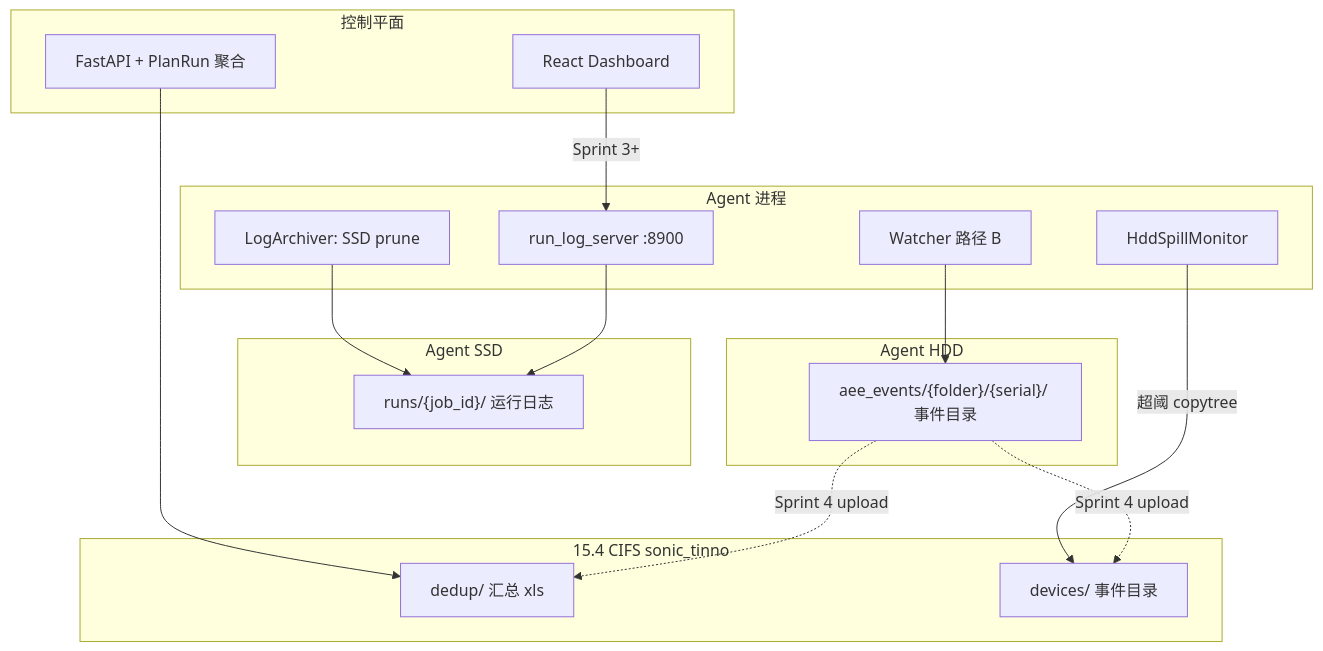
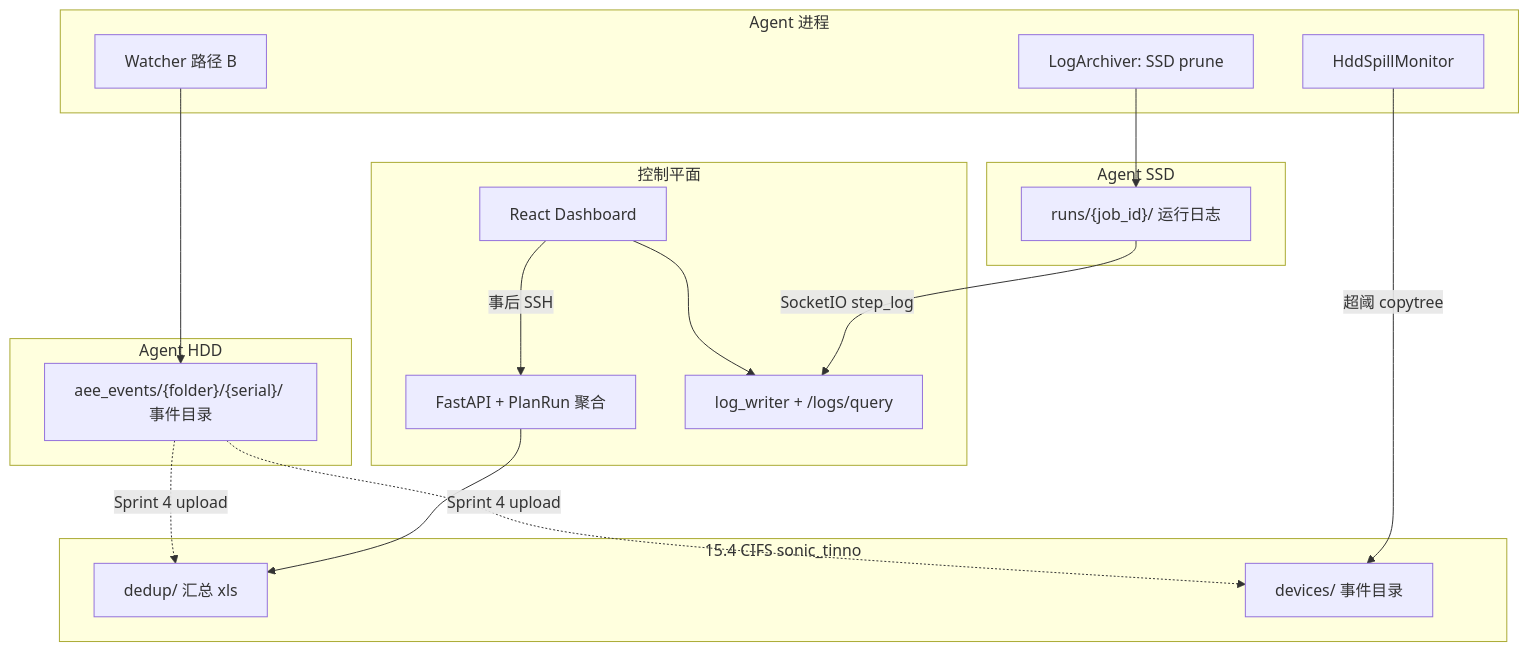
The diagram in docs/design/2026-plan-c-storage-and-access.md (DUElost/stability-test-platform), drawn with Mermaid before and after one commit. The commit also changed other lines of this file and 17 other files, not shown here.

First line of the commit message:
refactor(agent): remove run_log_server :8900

````diff
--- a/docs/design/2026-plan-c-storage-and-access.md
+++ b/docs/design/2026-plan-c-storage-and-access.md
@@ -13,32 +13,33 @@
 ```mermaid
 flowchart TB
   subgraph Agent_SSD["Agent SSD"]
     RL["runs/{job_id}/ 运行日志"]
   end
   subgraph Agent_HDD["Agent HDD"]
     AEE["aee_events/{folder}/{serial}/ 事件目录"]
   end
   subgraph Agent_Proc["Agent 进程"]
     W["Watcher 路径 B"]
     LA["LogArchiver: SSD prune"]
     HS["HddSpillMonitor"]
-    HTTP["run_log_server :8900"]
   end
   subgraph CIFS["15.4 CIFS sonic_tinno"]
     DEDUP["dedup/ 汇总 xls"]
     DEV["devices/ 事件目录"]
   end
   subgraph CP["控制平面"]
     API["FastAPI + PlanRun 聚合"]
     UI["React Dashboard"]
+    LW["log_writer + /logs/query"]
   end
 
   W --> AEE
   LA --> RL
   HS -->|"超阈 copytree"| DEV
-  HTTP --> RL
-  UI -->|"Sprint 3+"| HTTP
+  RL -->|"SocketIO step_log"| LW
+  UI --> LW
+  UI -->|"事后 SSH"| API
   API --> DEDUP
   AEE -.->|"Sprint 4 upload"| DEDUP
   AEE -.->|"Sprint 4 upload"| DEV
 ```
````
